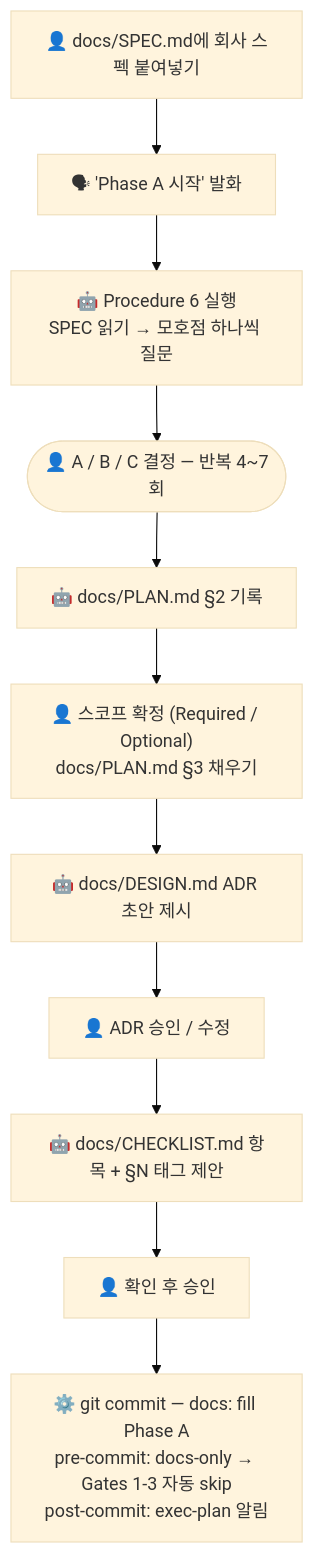
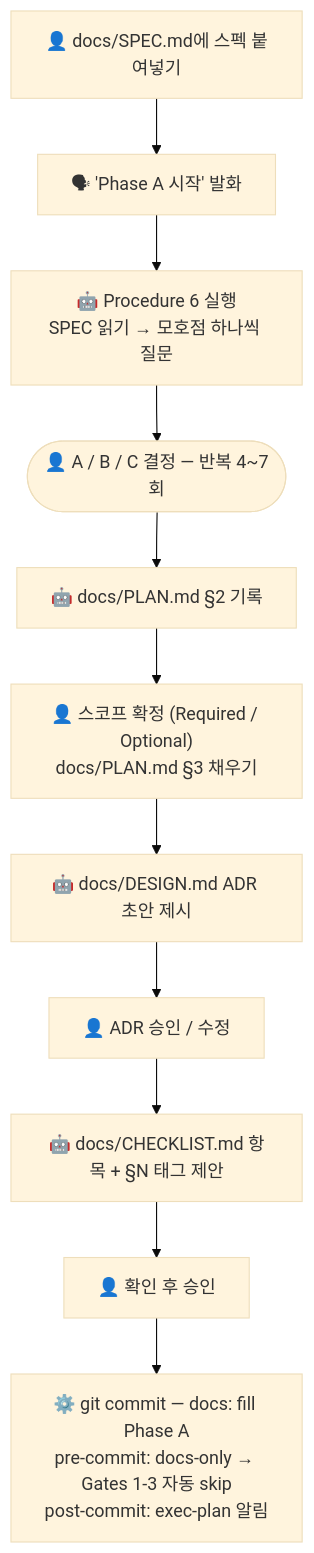
Before and after one commit to JayKim88/craft-kit: the first of 7 diagrams in docs/GUIDE.md, drawn with Mermaid (base theme). The commit also changed other lines of this file, not shown here.

Commit message:
docs(guide): use neutral wording — 프로젝트 진행, 스펙 붙여넣기 [§-]

````diff
--- a/docs/GUIDE.md
+++ b/docs/GUIDE.md
@@ -22,16 +22,16 @@
 ```mermaid
 flowchart TD
-    A1["👤 docs/SPEC.md에 회사 스펙 붙여넣기"]
+    A1["👤 docs/SPEC.md에 스펙 붙여넣기"]
     A2["🗣 'Phase A 시작' 발화"]
     A3["🤖 Procedure 6 실행\nSPEC 읽기 → 모호점 하나씩 질문"]
     A4(["👤 A / B / C 결정 — 반복 4~7회"])
     A5["🤖 docs/PLAN.md §2 기록"]
     A6["👤 스코프 확정 (Required / Optional)\ndocs/PLAN.md §3 채우기"]
     A7["🤖 docs/DESIGN.md ADR 초안 제시"]
     A8["👤 ADR 승인 / 수정"]
     A9["🤖 docs/CHECKLIST.md 항목 + §N 태그 제안"]
     A10["👤 확인 후 승인"]
     A11["⚙️ git commit — docs: fill Phase A\npre-commit: docs-only → Gates 1-3 자동 skip\npost-commit: exec-plan 알림"]
 
     A1 --> A2 --> A3 --> A4 --> A5 --> A6 --> A7 --> A8 --> A9 --> A10 --> A11
 ```
````
